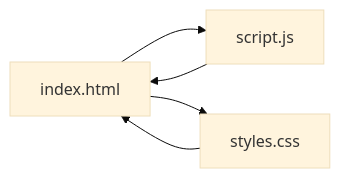
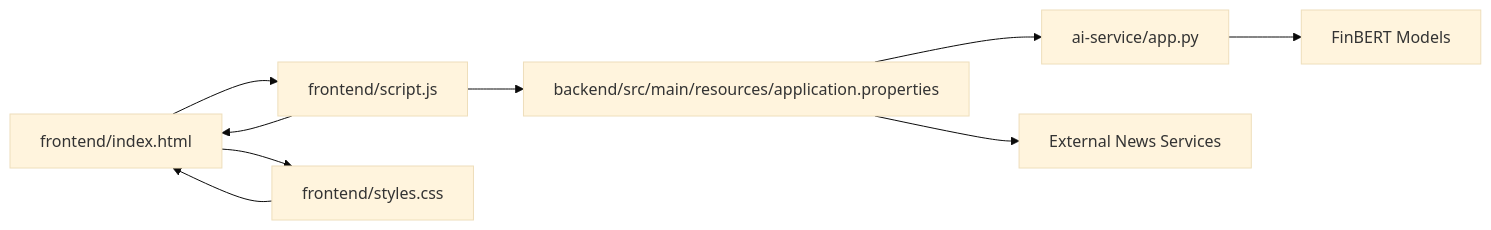
Before and after one commit to ayushtiwari1526/TheReinforcers_AyushTiwari: the tenth of 10 diagrams in .qoder/repowiki/en/content/User Interface Components.md, drawn with Mermaid (base theme). The commit also changed other lines of this file and 21 other files, not shown here.

````diff
--- a/.qoder/repowiki/en/content/User Interface Components.md
+++ b/.qoder/repowiki/en/content/User Interface Components.md
@@ -293,7 +421,11 @@
 ```mermaid
 graph LR
-HTML["index.html"] --> JS["script.js"]
-HTML --> CSS["styles.css"]
+HTML["frontend/index.html"] --> JS["frontend/script.js"]
+HTML --> CSS["frontend/styles.css"]
 JS --> HTML
 CSS --> HTML
+JS --> Backend["backend/src/main/resources/application.properties"]
+Backend --> AIService["ai-service/app.py"]
+Backend --> NewsAPI["External News Services"]
+AIService --> FinBERT["FinBERT Models"]
 ```
````
